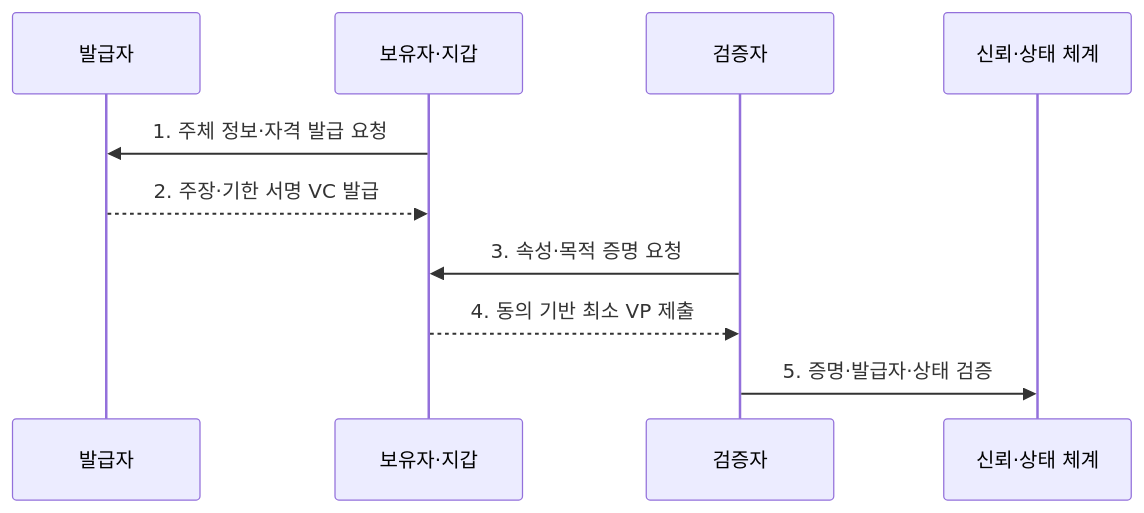
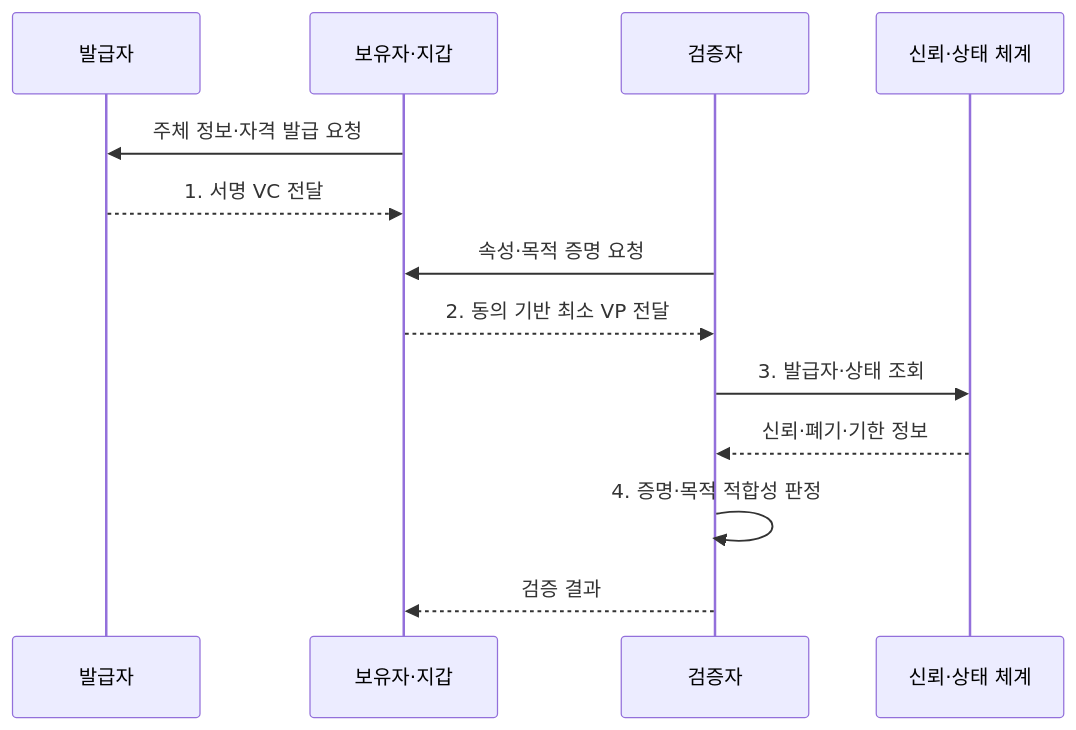
One commit to agnusdei1207/knowledge-base changed the second of 2 diagrams in src/content/docs/notes/05-security/066_did_ssi.md. Above: the diagram before and after it, drawn with Mermaid. The commit also changed other lines of this file and 20 other files, not shown here.

````diff
--- a/src/content/docs/notes/05-security/066_did_ssi.md
+++ b/src/content/docs/notes/05-security/066_did_ssi.md
@@ -87,12 +95,15 @@
 ```mermaid
 sequenceDiagram
     participant I as 발급자
     participant H as 보유자·지갑
     participant V as 검증자
     participant T as 신뢰·상태 체계
-    H->>I: 1. 주체 정보·자격 발급 요청
-    I-->>H: 2. 주장·기한 서명 VC 발급
-    V->>H: 3. 속성·목적 증명 요청
-    H-->>V: 4. 동의 기반 최소 VP 제출
-    V->>T: 5. 증명·발급자·상태 검증
+    H->>I: 주체 정보·자격 발급 요청
+    I-->>H: 1. 서명 VC 전달
+    V->>H: 속성·목적 증명 요청
+    H-->>V: 2. 동의 기반 최소 VP 전달
+    V->>T: 3. 발급자·상태 조회
+    T-->>V: 신뢰·폐기·기한 정보
+    V->>V: 4. 증명·목적 적합성 판정
+    V-->>H: 검증 결과
 ```
````
